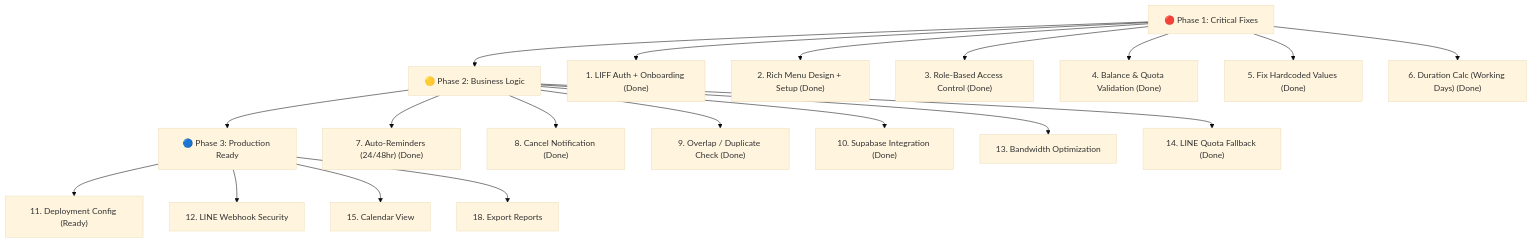
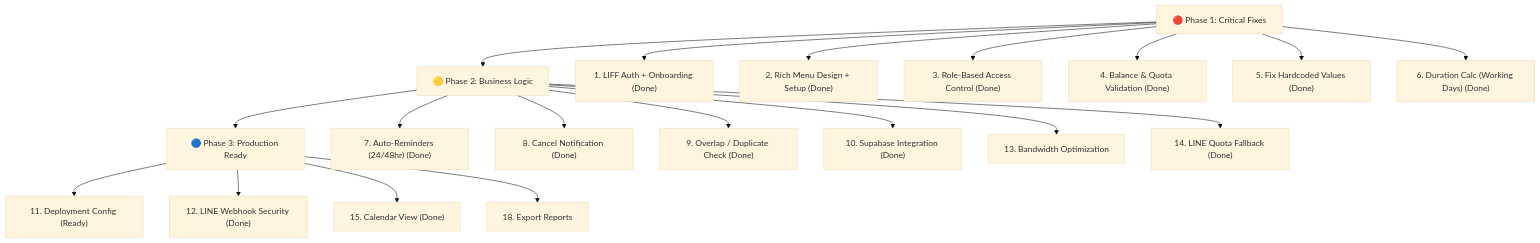
Before and after one commit to trpxmac/doctor-leave-line: the diagram in project_analysis.md, drawn with Mermaid (base theme). The commit also changed other lines of this file and 2 other files, not shown here.

Commit message:
feat: implement LINE Webhook Signature verification with HMAC-SHA256

````diff
--- a/project_analysis.md
+++ b/project_analysis.md
@@ -181,24 +181,24 @@
 ```mermaid
 graph TD
     A["🔴 Phase 1: Critical Fixes"] --> B["🟡 Phase 2: Business Logic"]
     B --> C["🔵 Phase 3: Production Ready"]
     
     A --> A1["1. LIFF Auth + Onboarding (Done)"]
     A --> A2["2. Rich Menu Design + Setup (Done)"]
     A --> A3["3. Role-Based Access Control (Done)"]
     A --> A4["4. Balance & Quota Validation (Done)"]
     A --> A5["5. Fix Hardcoded Values (Done)"]
     A --> A6["6. Duration Calc (Working Days) (Done)"]
     
     B --> B1["7. Auto-Reminders (24/48hr) (Done)"]
     B --> B2["8. Cancel Notification (Done)"]
     B --> B3["9. Overlap / Duplicate Check (Done)"]
     B --> B4["10. Supabase Integration (Done)"]
     B --> B5["13. Bandwidth Optimization"]
     B --> B6["14. LINE Quota Fallback (Done)"]
     
     C --> C1["11. Deployment Config (Ready)"]
-    C --> C2["12. LINE Webhook Security"]
-    C --> C3["15. Calendar View"]
+    C --> C2["12. LINE Webhook Security (Done)"]
+    C --> C3["15. Calendar View (Done)"]
     C --> C4["18. Export Reports"]
 ```
````
